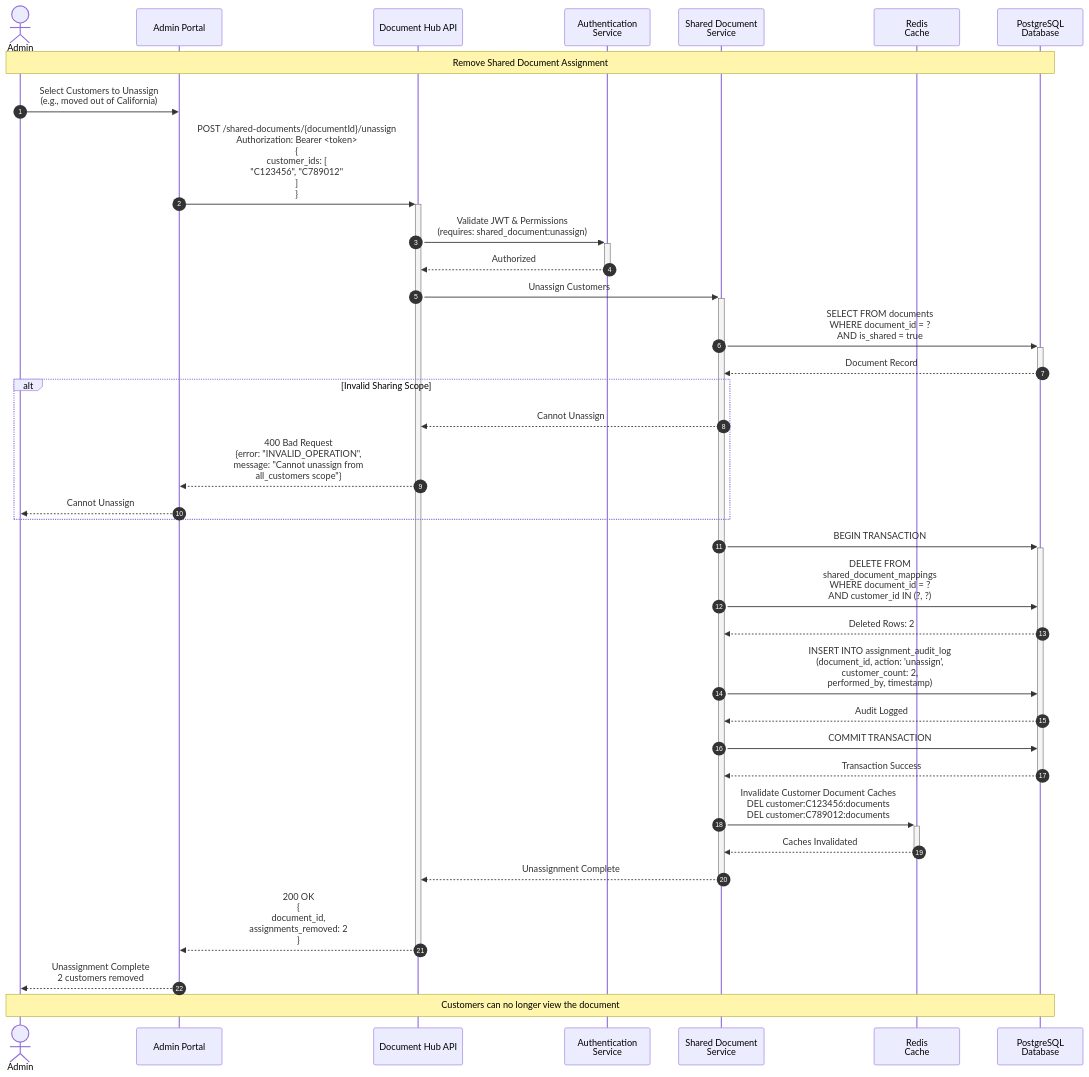
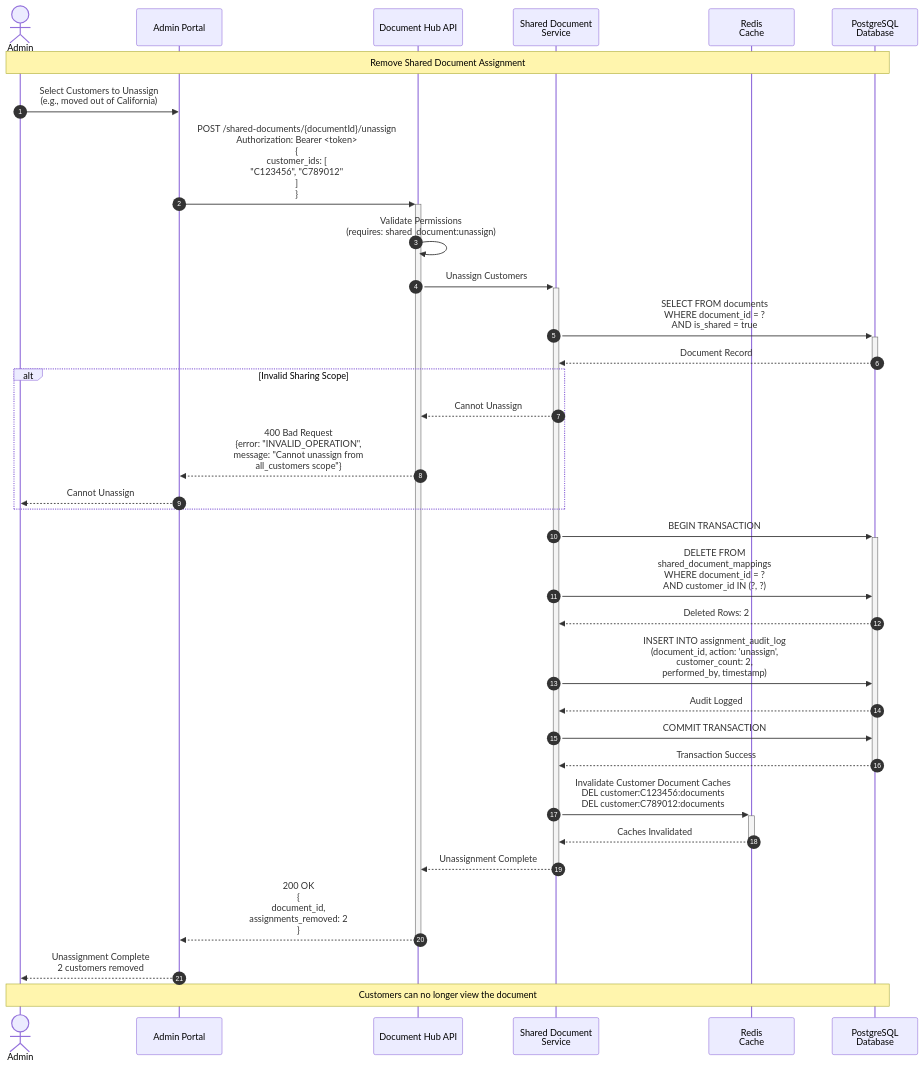
One commit to ghmd86/document-hub changed the third of 4 diagrams in shared_document_creation_assignment_flow_sequence_diagram.md. Above: the diagram before and after it, drawn with Mermaid. The commit also changed other lines of this file and 5 other files, not shown here.

First line of the commit message:
Remove authentication steps from sequence diagrams

````diff
--- a/shared_document_creation_assignment_flow_sequence_diagram.md
+++ b/shared_document_creation_assignment_flow_sequence_diagram.md
@@ -166,53 +164,51 @@
 ```mermaid
 sequenceDiagram
     autonumber
     actor Admin
     participant Client as Admin Portal
     participant API as Document Hub API
-    participant Auth as Authentication<br/>Service
     participant SharedDocService as Shared Document<br/>Service
     participant CacheService as Redis<br/>Cache
     participant DB as PostgreSQL<br/>Database
 
     Note over Admin,DB: Remove Shared Document Assignment
 
     Admin->>Client: Select Customers to Unassign<br/>(e.g., moved out of California)
     Client->>+API: POST /shared-documents/{documentId}/unassign<br/>Authorization: Bearer <token><br/>{<br/>  customer_ids: [<br/>    "C123456", "C789012"<br/>  ]<br/>}
 
-    API->>+Auth: Validate JWT & Permissions<br/>(requires: shared_document:unassign)
-    Auth-->>-API: Authorized
+    API->>API: Validate Permissions<br/>(requires: shared_document:unassign)
 
     API->>+SharedDocService: Unassign Customers
 
     SharedDocService->>+DB: SELECT FROM documents<br/>WHERE document_id = ?<br/>AND is_shared = true
     DB-->>-SharedDocService: Document Record
 
     alt Invalid Sharing Scope
         SharedDocService-->>API: Cannot Unassign
         API-->>Client: 400 Bad Request<br/>{error: "INVALID_OPERATION",<br/>message: "Cannot unassign from<br/>all_customers scope"}
         Client-->>Admin: Cannot Unassign
     end
 
     SharedDocService->>+DB: BEGIN TRANSACTION
 
     SharedDocService->>DB: DELETE FROM<br/>shared_document_mappings<br/>WHERE document_id = ?<br/>AND customer_id IN (?, ?)
 
     DB-->>SharedDocService: Deleted Rows: 2
 
     SharedDocService->>DB: INSERT INTO assignment_audit_log<br/>(document_id, action: 'unassign',<br/>customer_count: 2,<br/>performed_by, timestamp)
     DB-->>SharedDocService: Audit Logged
 
     SharedDocService->>DB: COMMIT TRANSACTION
     DB-->>-SharedDocService: Transaction Success
 
     SharedDocService->>+CacheService: Invalidate Customer Document Caches<br/>DEL customer:C123456:documents<br/>DEL customer:C789012:documents
     CacheService-->>-SharedDocService: Caches Invalidated
 
     SharedDocService-->>-API: Unassignment Complete
 
     API-->>-Client: 200 OK<br/>{<br/>  document_id,<br/>  assignments_removed: 2<br/>}
 
     Client-->>Admin: Unassignment Complete<br/>2 customers removed
 
     Note over Admin,DB: Customers can no longer view the document
 ```
````
